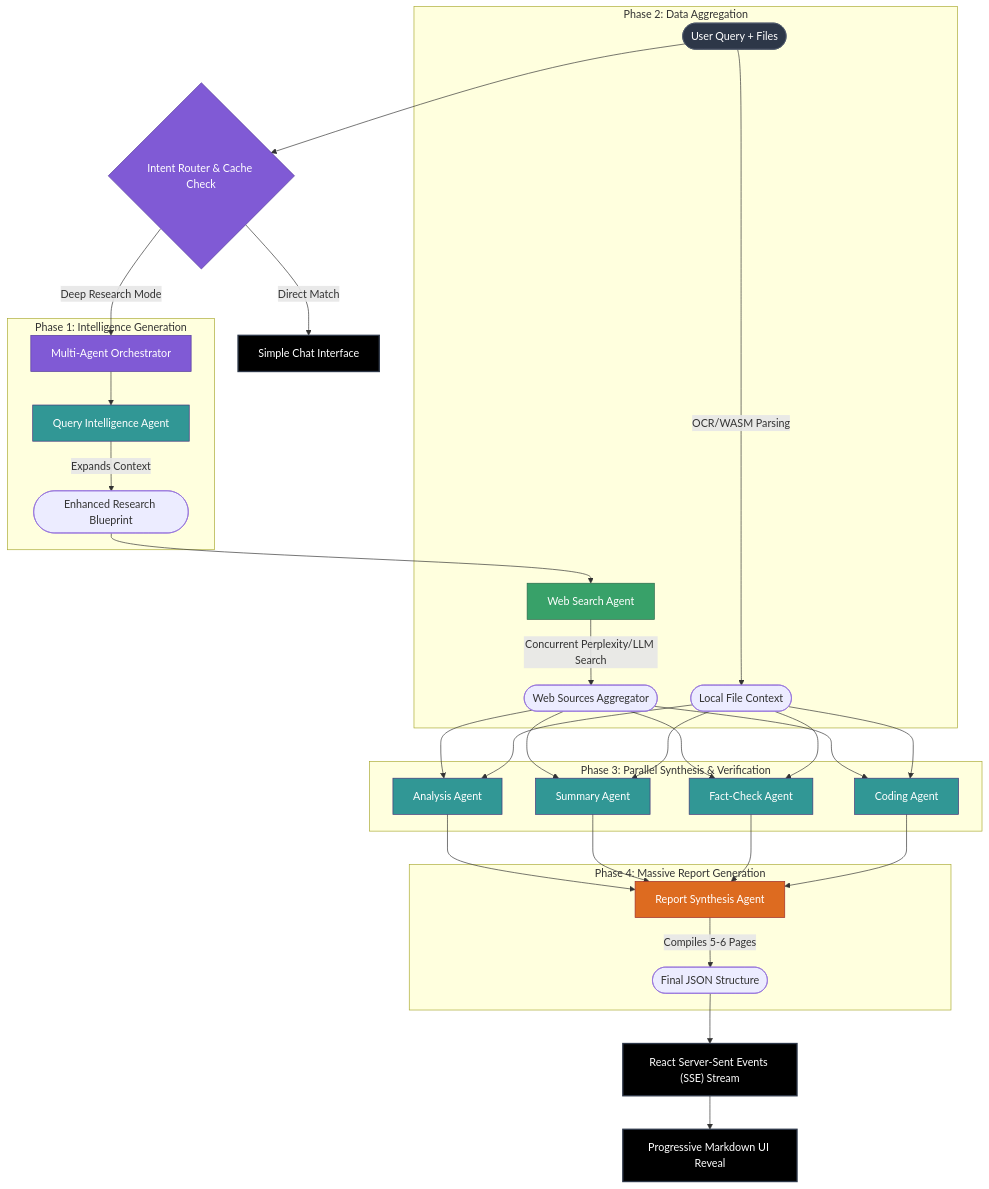
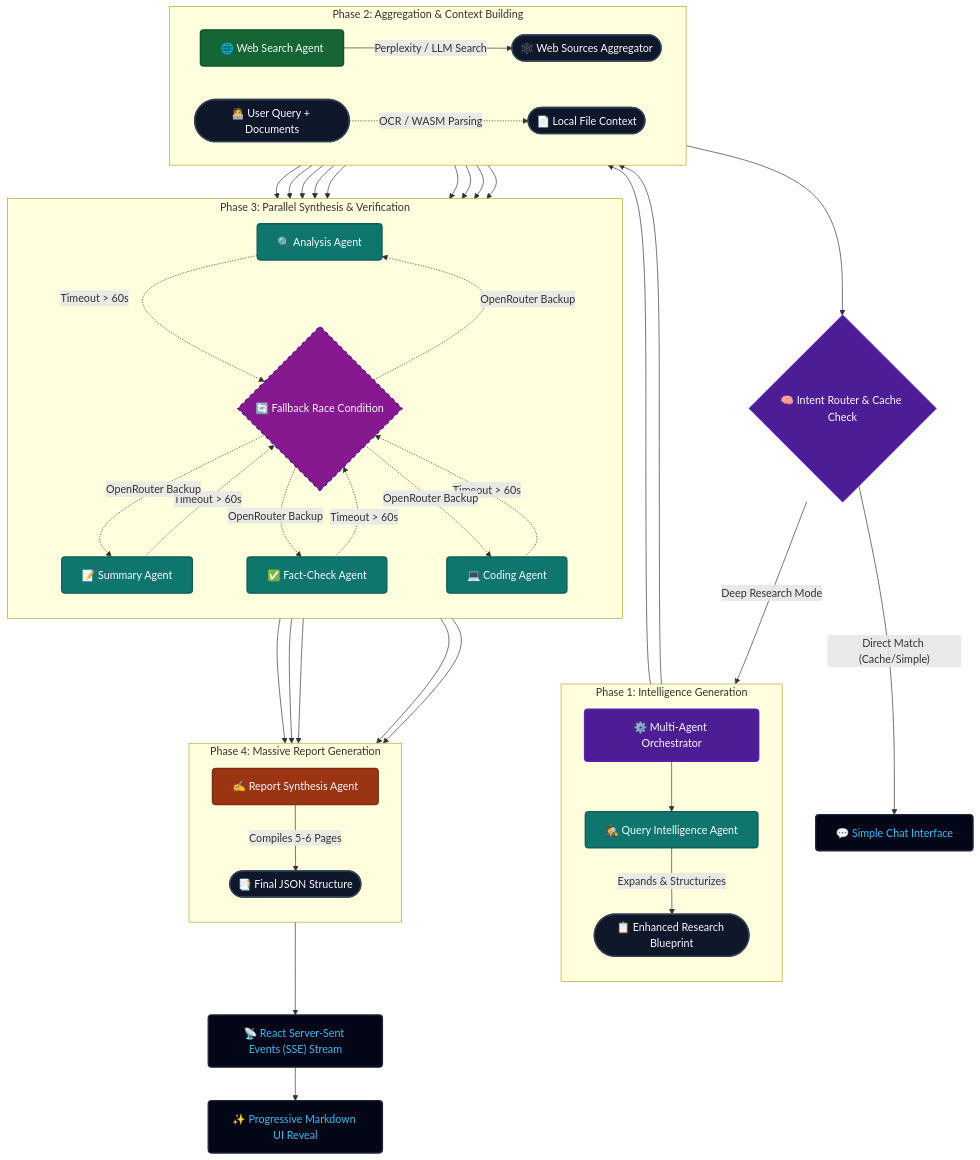
Before and after one commit to girishlade111/research-assistant: the diagram in README.md, drawn with Mermaid. The commit also changed other lines of this file, not shown here.

Commit message:
Revamp System Architecture & Flow section with detailed flowchart and execution loop

````diff
--- a/README.md
+++ b/README.md
@@ -60,40 +60,54 @@
 ```mermaid
-graph TD
-    classDef user fill:#2d3748,stroke:#4a5568,color:#fff;
-    classDef router fill:#805ad5,stroke:#553c9a,color:#fff;
-    classDef agent fill:#319795,stroke:#44337a,color:#fff;
-    classDef search fill:#38a169,stroke:#276749,color:#fff;
-    classDef report fill:#dd6b20,stroke:#9b2c2c,color:#fff;
-    classDef ui fill:#000000,stroke:#2d3748,color:#fff,stroke-width:2px;
+flowchart TB
+    classDef user fill:#0f172a,stroke:#334155,stroke-width:2px,color:#f8fafc,rx:5,ry:5;
+    classDef router fill:#4c1d95,stroke:#5b21b6,stroke-width:2px,color:#f8fafc,rx:5,ry:5;
+    classDef agent fill:#0f766e,stroke:#115e59,stroke-width:2px,color:#f8fafc,rx:5,ry:5;
+    classDef search fill:#166534,stroke:#14532d,stroke-width:2px,color:#f8fafc,rx:5,ry:5;
+    classDef report fill:#9a3412,stroke:#7c2d12,stroke-width:2px,color:#f8fafc,rx:5,ry:5;
+    classDef ui fill:#020617,stroke:#1e293b,stroke-width:2px,color:#38bdf8,rx:5,ry:5;
+    classDef fallback fill:#86198f,stroke:#581c87,stroke-width:2px,color:#f8fafc,stroke-dasharray: 5 5;
 
-    A([User Query + Files]):::user --> B{Intent Router & Cache Check}:::router
+    A(["🧑‍💻 User Query + Documents"]):::user --> B{"🧠 Intent Router & Cache Check"}:::router
     
-    B -->|Direct Match| C[Simple Chat Interface]:::ui
-    B -->|Deep Research Mode| D[Multi-Agent Orchestrator]:::router
+    B -->|"Direct Match (Cache/Simple)"| C["💬 Simple Chat Interface"]:::ui
+    B -->|"Deep Research Mode"| D["⚙️ Multi-Agent Orchestrator"]:::router
     
-    subgraph "Phase 1: Intelligence Generation"
-        D --> E[Query Intelligence Agent]:::agent
-        E -->|Expands Context| F([Enhanced Research Blueprint])
+    subgraph Phase1 ["Phase 1: Intelligence Generation"]
+        direction TB
+        D --> E["🕵️ Query Intelligence Agent"]:::agent
+        E -->|"Expands & Structurizes"| F(["📋 Enhanced Research Blueprint"]):::user
     end
     
-    subgraph "Phase 2: Data Aggregation"
-        F --> G[Web Search Agent]:::search
-        G -->|Concurrent Perplexity/LLM Search| H([Web Sources Aggregator])
-        A -->|OCR/WASM Parsing| I([Local File Context])
+    subgraph Phase2 ["Phase 2: Aggregation & Context Building"]
+        direction LR
+        F --> G["🌐 Web Search Agent"]:::search
+        G -->|"Perplexity / LLM Search"| H(["🕸️ Web Sources Aggregator"]):::user
+        A -.->|"OCR / WASM Parsing"| I(["📄 Local File Context"]):::user
     end
     
-    subgraph "Phase 3: Parallel Synthesis & Verification"
-        H & I --> J[Analysis Agent]:::agent
-        H & I --> K[Summary Agent]:::agent
-        H & I --> L[Fact-Check Agent]:::agent
-        H & I --> M[Coding Agent]:::agent
+    Phase1 --> Phase2
+    
+    subgraph Phase3 ["Phase 3: Parallel Synthesis & Verification"]
+        direction TB
+        H & I --> J["🔍 Analysis Agent"]:::agent
+        H & I --> K["📝 Summary Agent"]:::agent
+        H & I --> L["✅ Fact-Check Agent"]:::agent
+        H & I --> M["💻 Coding Agent"]:::agent
+        
+        J & K & L & M -.->|"Timeout > 60s"| Z{"🔄 Fallback Race Condition"}:::fallback
+        Z -.->|"OpenRouter Backup"| J & K & L & M
     end
     
-    subgraph "Phase 4: Massive Report Generation"
-        J & K & L & M --> N[Report Synthesis Agent]:::report
-        N -->|Compiles 5-6 Pages| O([Final JSON Structure])
+    Phase2 --> Phase3
+    
+    subgraph Phase4 ["Phase 4: Massive Report Generation"]
+        direction TB
+        J & K & L & M --> N["✍️ Report Synthesis Agent"]:::report
+        N -->|"Compiles 5-6 Pages"| O(["📑 Final JSON Structure"]):::user
     end
     
-    O --> P["React Server-Sent Events (SSE) Stream"]:::ui
-    P --> Q["Progressive Markdown UI Reveal"]:::ui
+    Phase3 --> Phase4
+    
+    O --> P["📡 React Server-Sent Events (SSE) Stream"]:::ui
+    P --> Q["✨ Progressive Markdown UI Reveal"]:::ui
 ```
````
